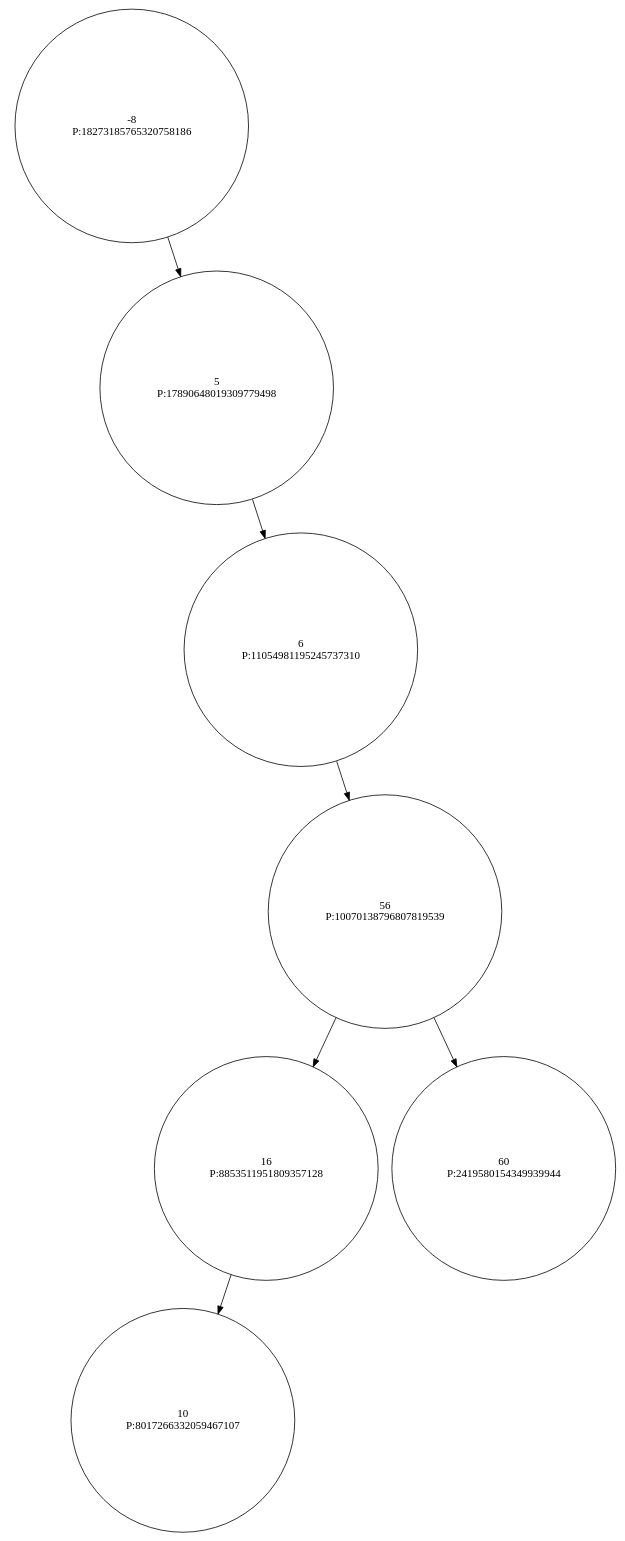
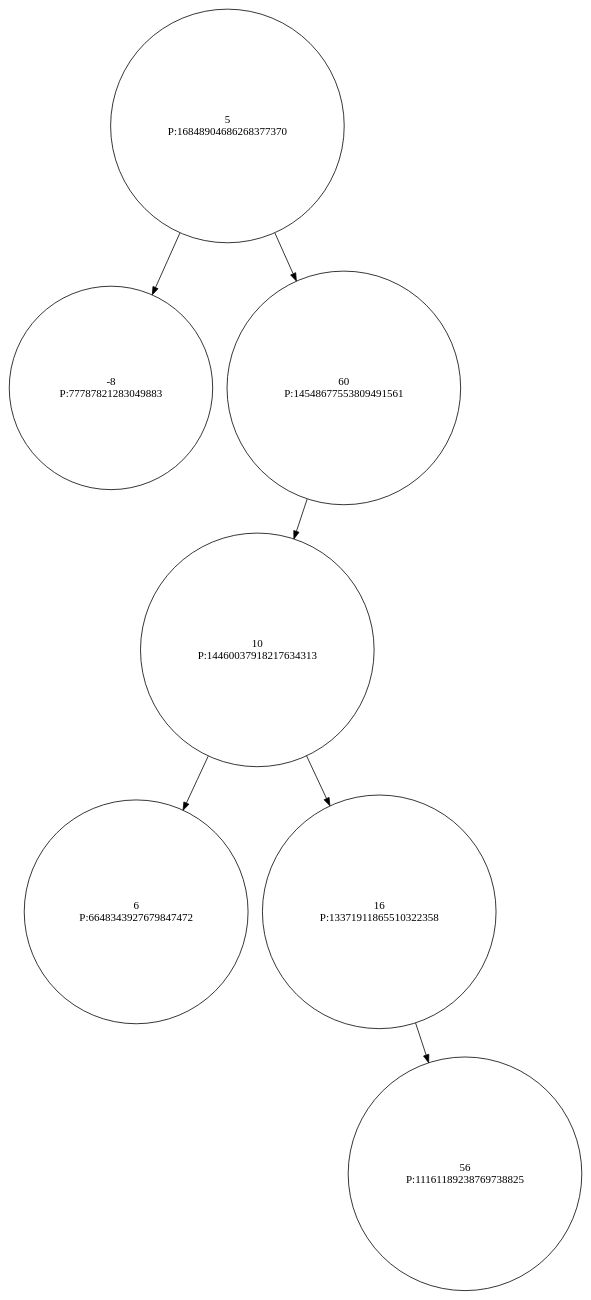
The diagram in data/output/dot/treap3.dot (Ritaa-Marie/Trabalho-Arvores-AEDES2), drawn with Graphviz before and after one commit. The commit also changed 20 other files, not shown here.

```diff
--- a/data/output/dot/treap3.dot
+++ b/data/output/dot/treap3.dot
@@ -1,24 +1,20 @@
 digraph Treap {
    node [shape=circle];
-  -8 [label="-8\nP:18273185765320758186"];
-  "null_l_-8" [style=invis];
-  "-8" -> "null_l_-8" [style=invis];
-  "-8" -> "5";
-  5 [label="5\nP:17890648019309779498"];
-  "null_l_5" [style=invis];
-  "5" -> "null_l_5" [style=invis];
-  "5" -> "6";
-  6 [label="6\nP:11054981195245737310"];
-  "null_l_6" [style=invis];
-  "6" -> "null_l_6" [style=invis];
-  "6" -> "56";
-  56 [label="56\nP:10070138796807819539"];
-  "56" -> "16";
-  16 [label="16\nP:8853511951809357128"];
-  "16" -> "10";
-  10 [label="10\nP:8017266332059467107"];
-  "null_r_16" [style=invis];
-  "16" -> "null_r_16" [style=invis];
-  "56" -> "60";
-  60 [label="60\nP:2419580154349939944"];
+  5 [label="5\nP:16848904686268377370"];
+  "5" -> "-8";
+  -8 [label="-8\nP:77787821283049883"];
+  "5" -> "60";
+  60 [label="60\nP:14548677553809491561"];
+  "60" -> "10";
+  10 [label="10\nP:14460037918217634313"];
+  "10" -> "6";
+  6 [label="6\nP:6648343927679847472"];
+  "10" -> "16";
+  16 [label="16\nP:13371911865510322358"];
+  "null_l_16" [style=invis];
+  "16" -> "null_l_16" [style=invis];
+  "16" -> "56";
+  56 [label="56\nP:11161189238769738825"];
+  "null_r_60" [style=invis];
+  "60" -> "null_r_60" [style=invis];
 }
```
